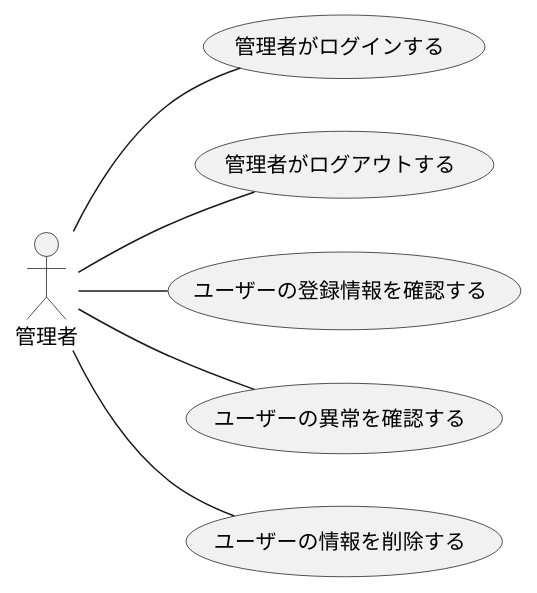
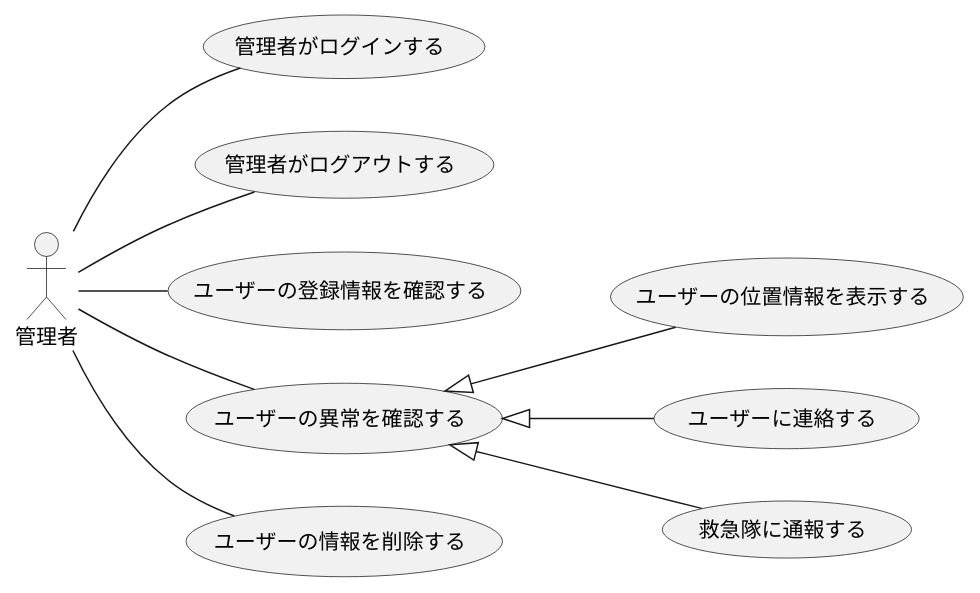
The diagram in F_usecase_admin.plantuml (ksw2270227/GroupF), drawn with PlantUML before and after one commit.

Commit message:
斉藤編集

```diff
--- a/F_usecase_admin.plantuml
+++ b/F_usecase_admin.plantuml
@@ -1,13 +1,16 @@
 @startuml 管理者
 left to right direction
 actor 管理者
 
 管理者 -- (管理者がログインする)
 管理者 -- (管理者がログアウトする)
 管理者 -- (ユーザーの登録情報を確認する)
 管理者 -- (ユーザーの異常を確認する)
 管理者 -- (ユーザーの情報を削除する)
 
+(ユーザーの異常を確認する) <|-- (ユーザーの位置情報を表示する)
+(ユーザーの異常を確認する) <|-- (ユーザーに連絡する)
+(ユーザーの異常を確認する) <|-- (救急隊に通報する)
 
 
 @enduml
```
